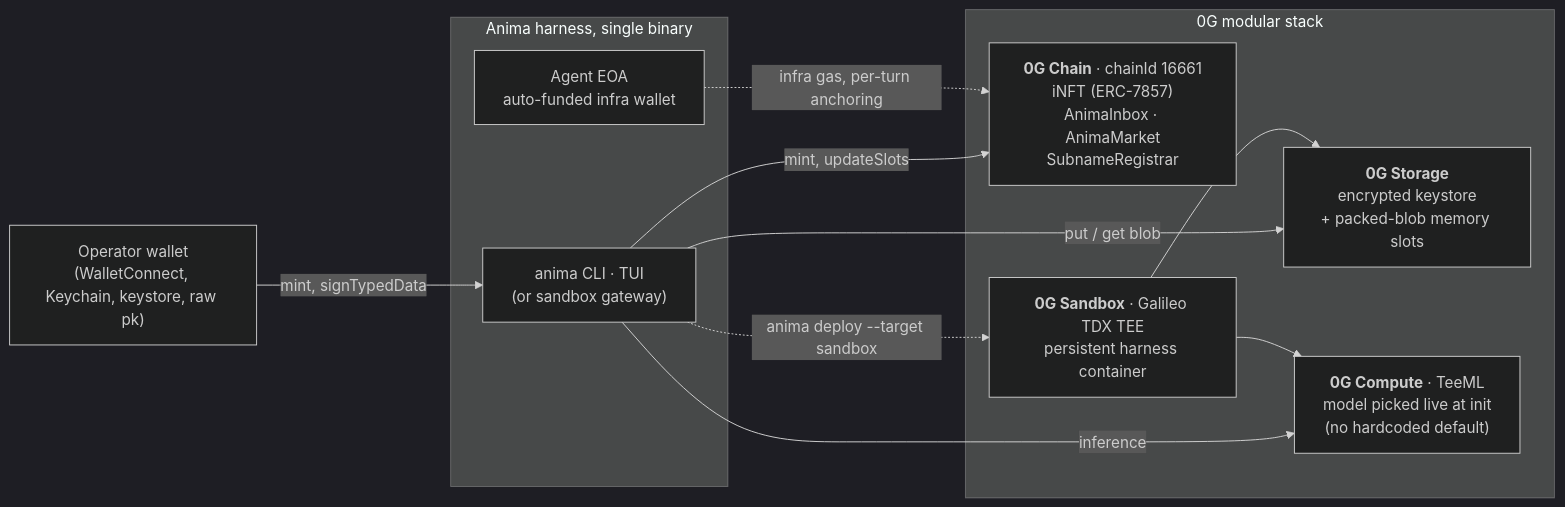
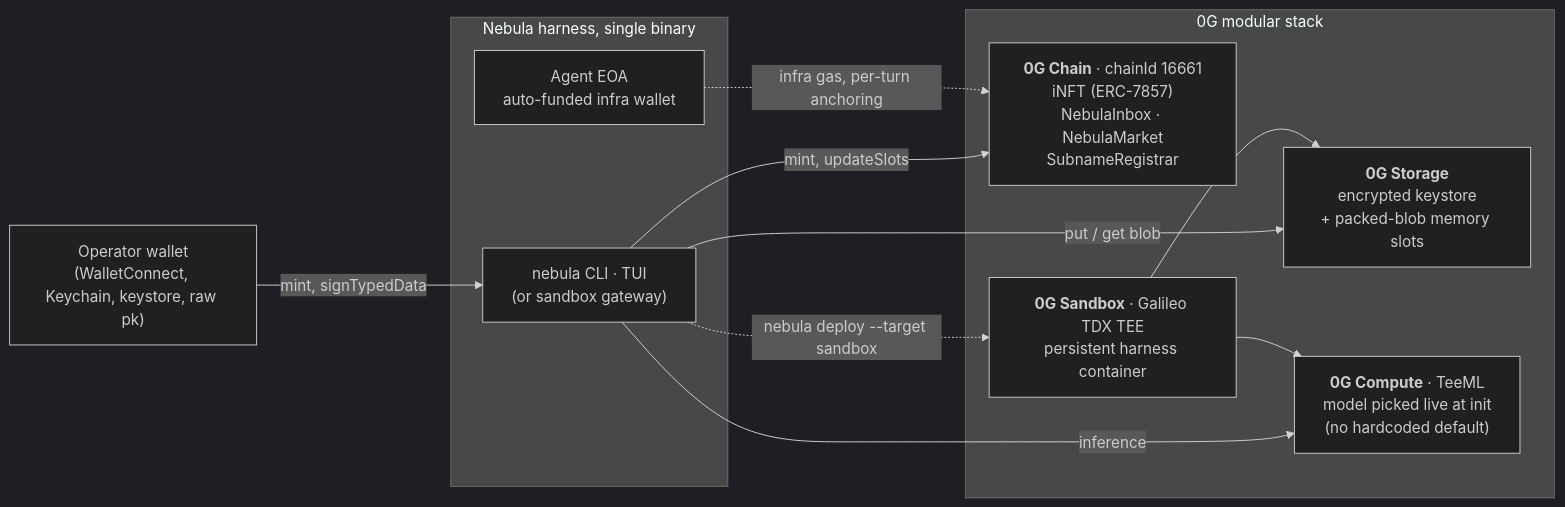
One commit to rstfulzz/nebula changed the diagram in README.md. Above: the diagram before and after it, drawn with Mermaid (dark theme). The commit also changed other lines of this file and 373 other files, not shown here.

````diff
--- a/README.md
+++ b/README.md
@@ -106,23 +106,23 @@
 ```mermaid
 %%{init: {"flowchart": {"htmlLabels": true}}}%%
 flowchart LR
     W["Operator wallet<br/>(WalletConnect, Keychain, keystore, raw pk)"]
-    subgraph Harness["Anima harness, single binary"]
-      CLI["anima CLI · TUI<br/>(or sandbox gateway)"]
+    subgraph Harness["Nebula harness, single binary"]
+      CLI["nebula CLI · TUI<br/>(or sandbox gateway)"]
       Agent["Agent EOA<br/>auto-funded infra wallet"]
     end
     subgraph ZG["0G modular stack"]
-      Chain["<b>0G Chain</b> · chainId 16661<br/>iNFT (ERC-7857)<br/>AnimaInbox · AnimaMarket<br/>SubnameRegistrar"]
+      Chain["<b>0G Chain</b> · chainId 16661<br/>iNFT (ERC-7857)<br/>NebulaInbox · NebulaMarket<br/>SubnameRegistrar"]
       Storage["<b>0G Storage</b><br/>encrypted keystore<br/>+ packed-blob memory slots"]
       Compute["<b>0G Compute</b> · TeeML<br/>model picked live at init<br/>(no hardcoded default)"]
       Sandbox["<b>0G Sandbox</b> · Galileo TDX TEE<br/>persistent harness container"]
     end
     W -->|"mint, signTypedData"| CLI
     CLI -->|"mint, updateSlots"| Chain
     CLI -->|"put / get blob"| Storage
     CLI -->|"inference"| Compute
-    CLI -.->|"anima deploy --target sandbox"| Sandbox
+    CLI -.->|"nebula deploy --target sandbox"| Sandbox
     Agent -.->|"infra gas, per-turn anchoring"| Chain
     Sandbox --> Compute
     Sandbox --> Storage
 ```
````
